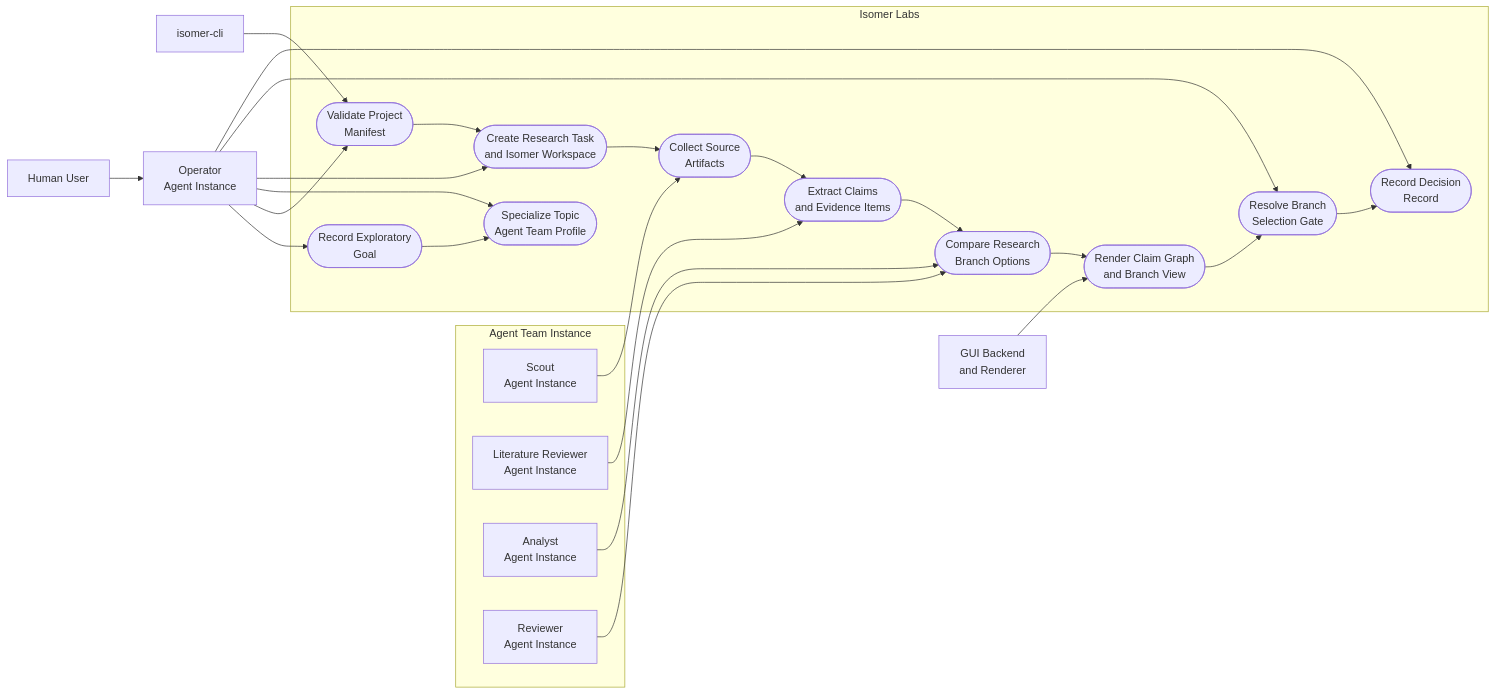
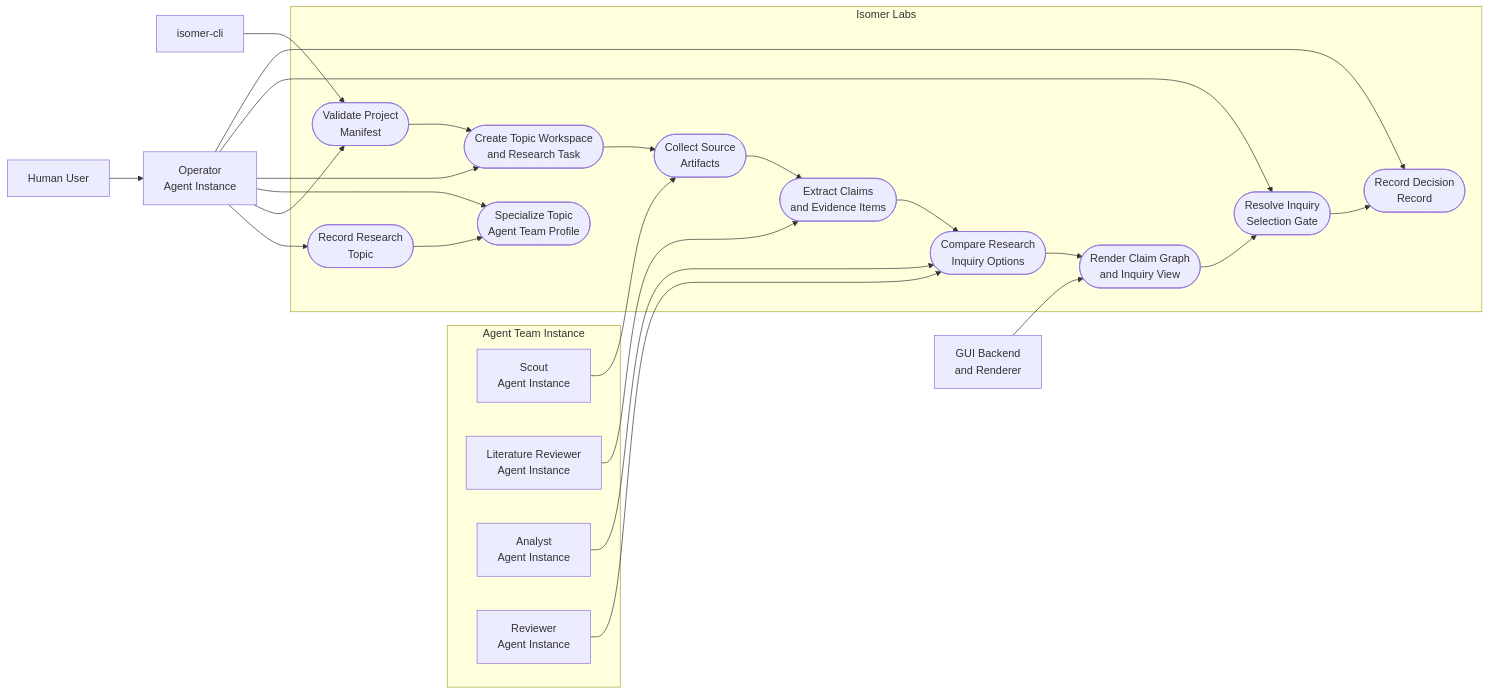
Before and after one commit to CodeGandee/isomer-labs: the first of 2 diagrams in .imsight-arts/project-explore/use-cases/uc-01-explore-new-research-direction.md, drawn with Mermaid. The commit also changed other lines of this file and 109 other files, not shown here.

````diff
--- a/.imsight-arts/project-explore/use-cases/uc-01-explore-new-research-direction.md
+++ b/.imsight-arts/project-explore/use-cases/uc-01-explore-new-research-direction.md
@@ -30,50 +30,50 @@
 ```mermaid
 flowchart LR
   User[Human User]
   CLI[isomer-cli]
   Operator["Operator<br/>Agent Instance"]
   GUI["GUI Backend<br/>and Renderer"]
 
   subgraph TeamInstance["Agent Team Instance"]
     Scout["Scout<br/>Agent Instance"]
     Literature["Literature Reviewer<br/>Agent Instance"]
     Analyst["Analyst<br/>Agent Instance"]
     Reviewer["Reviewer<br/>Agent Instance"]
   end
 
   subgraph Isomer["Isomer Labs"]
-    UC1([Record Exploratory<br/>Goal])
+    UC1([Record Research<br/>Topic])
     UC2([Validate Project<br/>Manifest])
     UC3([Specialize Topic<br/>Agent Team Profile])
-    UC4([Create Research Task<br/>and Isomer Workspace])
+    UC4([Create Topic Workspace<br/>and Research Task])
     UC5([Collect Source<br/>Artifacts])
     UC6([Extract Claims<br/>and Evidence Items])
-    UC7([Compare Research<br/>Branch Options])
-    UC8([Render Claim Graph<br/>and Branch View])
-    UC9([Resolve Branch<br/>Selection Gate])
+    UC7([Compare Research<br/>Inquiry Options])
+    UC8([Render Claim Graph<br/>and Inquiry View])
+    UC9([Resolve Inquiry<br/>Selection Gate])
     UC10([Record Decision<br/>Record])
   end
 
   User --> Operator
   CLI --> UC2
   Operator --> UC1
   Operator --> UC2
   Operator --> UC3
   Operator --> UC4
   Scout --> UC5
   Literature --> UC6
   Analyst --> UC7
   Reviewer --> UC7
   GUI --> UC8
   Operator --> UC9
   Operator --> UC10
 
   UC1 --> UC3
   UC2 --> UC4
   UC4 --> UC5
   UC5 --> UC6
   UC6 --> UC7
   UC7 --> UC8
   UC8 --> UC9
   UC9 --> UC10
 ```
````
